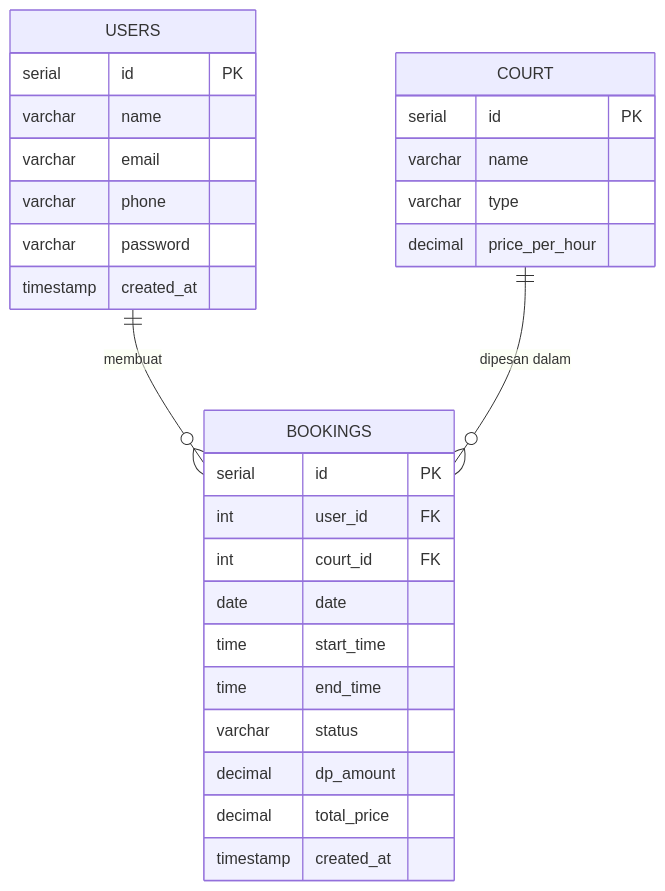
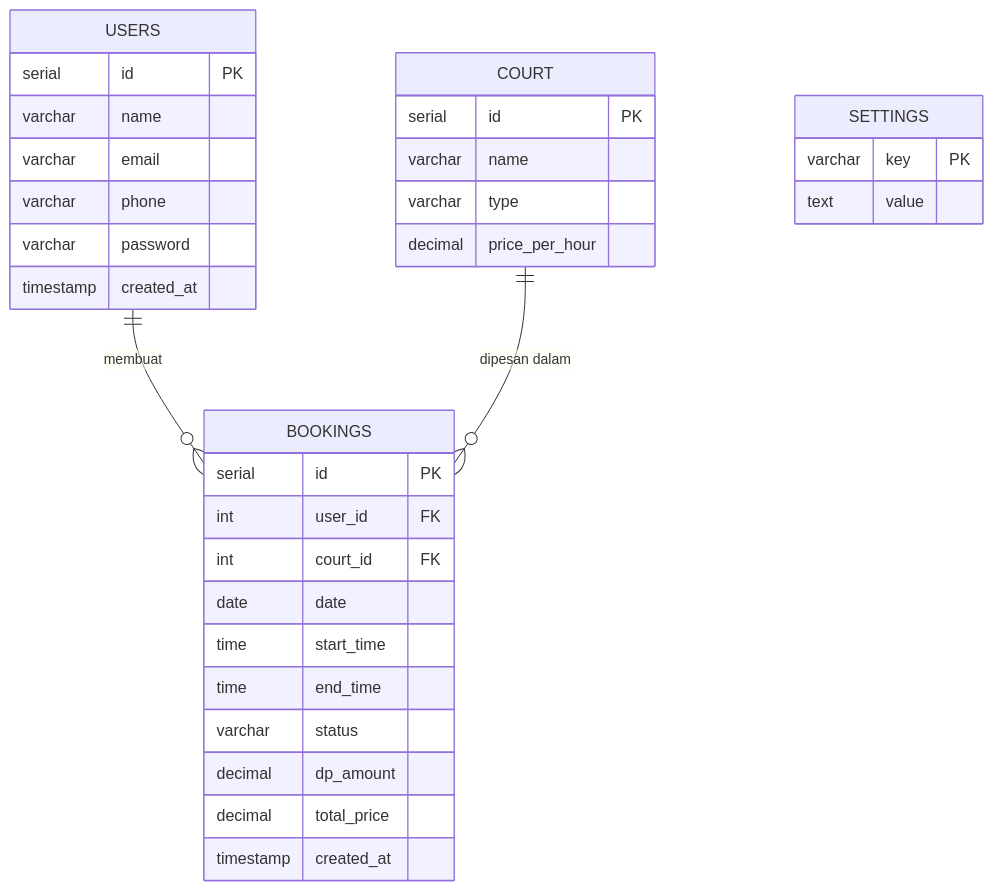
One commit to sryxx16/FUTSAL-BNSP changed the diagram in dokumen_bnsp/02_ERD_dan_SQL_Script.md. Above: the diagram before and after it, drawn with Mermaid. The commit also changed other lines of this file and 3 other files, not shown here.

Commit message:
docs: add documentation for ERD, SQL scripts, code structure, and black-box testing scenarios

````diff
--- a/dokumen_bnsp/02_ERD_dan_SQL_Script.md
+++ b/dokumen_bnsp/02_ERD_dan_SQL_Script.md
@@ -16,34 +16,38 @@
 ```mermaid
 erDiagram
     USERS ||--o{ BOOKINGS : "membuat"
     COURT ||--o{ BOOKINGS : "dipesan dalam"
+    SETTINGS {
+        varchar key PK
+        text value
+    }
 
     USERS {
         serial id PK
         varchar name
         varchar email
         varchar phone
         varchar password
         timestamp created_at
     }
 
     COURT {
         serial id PK
         varchar name
         varchar type
         decimal price_per_hour
     }
 
     BOOKINGS {
         serial id PK
         int user_id FK
         int court_id FK
         date date
         time start_time
         time end_time
         varchar status
         decimal dp_amount
         decimal total_price
         timestamp created_at
     }
 ```
````
